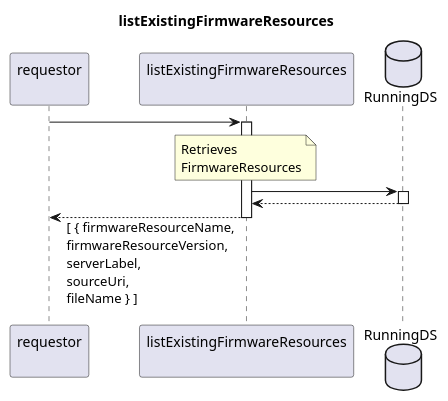
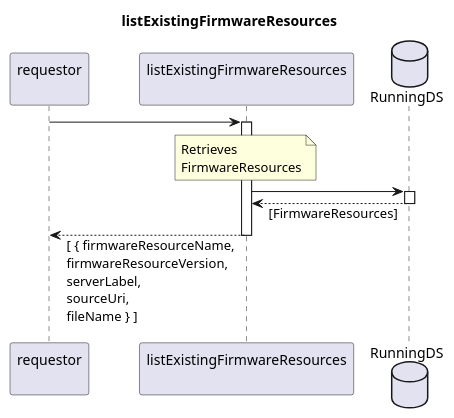
Before and after one commit to openBackhaul/FirmWareManager: the diagram in spec/Services/listExistingFirmwareResources/1.0.0/listExistingFirmwareResources.plantuml, drawn with PlantUML. The commit also changed 47 other files, not shown here.

```diff
--- a/spec/Services/listExistingFirmwareResources/1.0.0/listExistingFirmwareResources.plantuml
+++ b/spec/Services/listExistingFirmwareResources/1.0.0/listExistingFirmwareResources.plantuml
@@ -1,27 +1,27 @@
 @startuml listExistingFirmwareResources
 skinparam responseMessageBelowArrow true
 
 title
   listExistingFirmwareResources
 end title
 
 participant "requestor\n" as requestor
 participant "listExistingFirmwareResources\n" as indServ
 database "RunningDS" as RunDS
 
 requestor -> indServ
 activate indServ
 
   note over indServ
     Retrieves
     FirmwareResources
   end note
   indServ -> RunDS
   activate RunDS
-  indServ <-- RunDS
+  indServ <-- RunDS: [FirmwareResources]
   deactivate RunDS
 
 requestor <-- indServ: [ { firmwareResourceName,\nfirmwareResourceVersion,\nserverLabel,\nsourceUri,\nfileName } ]
 deactivate indServ
 
 @enduml
```
